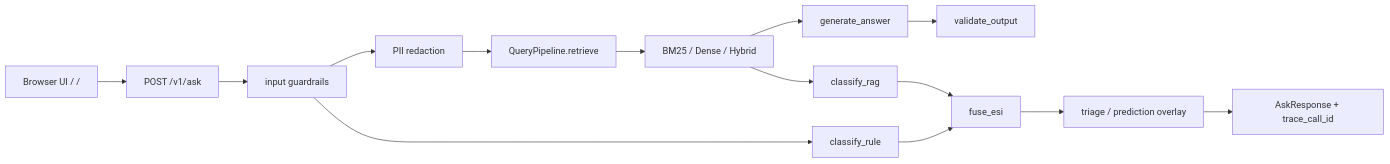
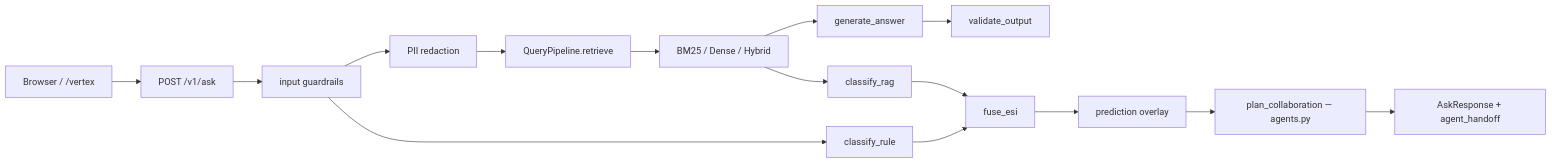
The diagram in docs/architecture.md (anix-lynch/healthcare-genai-engineer), drawn with Mermaid before and after one commit. The commit also changed other lines of this file and 8 other files, not shown here.

````diff
--- a/docs/architecture.md
+++ b/docs/architecture.md
@@ -15,16 +19,17 @@
 ```mermaid
 flowchart LR
-    A[Browser UI / /] --> B[POST /v1/ask]
+    A[Browser / /vertex] --> B[POST /v1/ask]
     B --> C[input guardrails]
     C --> D[PII redaction]
     D --> E[QueryPipeline.retrieve]
     E --> F[BM25 / Dense / Hybrid]
     F --> G[generate_answer]
     G --> H[validate_output]
     F --> I[classify_rag]
     C --> J[classify_rule]
     I --> K[fuse_esi]
     J --> K
-    K --> L[triage / prediction overlay]
-    L --> M[AskResponse + trace_call_id]
+    K --> L[prediction overlay]
+    L --> M[plan_collaboration — agents.py]
+    M --> N[AskResponse + agent_handoff]
 ```
````
